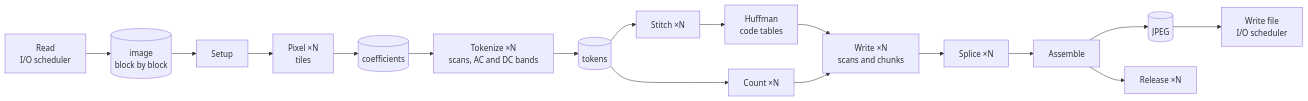
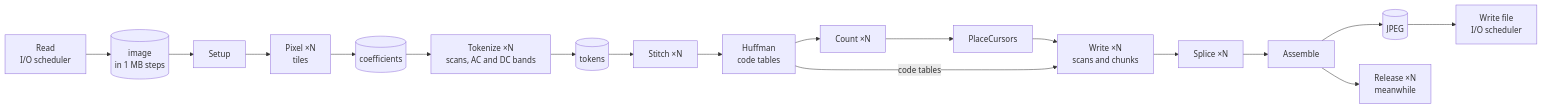
Before and after one commit to ThinkMeta-com/ThinkMeta.ConcurrentTasks.Samples: the diagram in ctJpeg/README.md, drawn with Mermaid. The commit also changed other lines of this file and 700 other files, not shown here.

````diff
--- a/ctJpeg/README.md
+++ b/ctJpeg/README.md
@@ -199,10 +199,8 @@
 ```mermaid
 flowchart LR
-    RD["Read<br/>I/O scheduler"] --> I[("image<br/>block by block")] --> S["Setup"] --> P["Pixel ×N<br/>tiles"] --> C[("coefficients")] --> T["Tokenize ×N<br/>scans, AC and DC bands"] --> TB[("tokens")]
-    TB --> ST["Stitch ×N"] --> H["Huffman<br/>code tables"]
-    TB --> CO["Count ×N"]
-    H --> W["Write ×N<br/>scans and chunks"]
-    CO --> W
+    RD["Read<br/>I/O scheduler"] --> I[("image<br/>in 1 MB steps")] --> S["Setup"] --> P["Pixel ×N<br/>tiles"] --> C[("coefficients")] --> T["Tokenize ×N<br/>scans, AC and DC bands"] --> TB[("tokens")]
+    TB --> ST["Stitch ×N"] --> H["Huffman<br/>code tables"] --> CO["Count ×N"] --> PC["PlaceCursors"] --> W["Write ×N<br/>scans and chunks"]
+    H -- "code tables" --> W
     W --> SP["Splice ×N"] --> A["Assemble"] --> J[("JPEG")] --> WF["Write file<br/>I/O scheduler"]
-    A --> RE["Release ×N"]
+    A --> RE["Release ×N<br/>meanwhile"]
 ```
````
